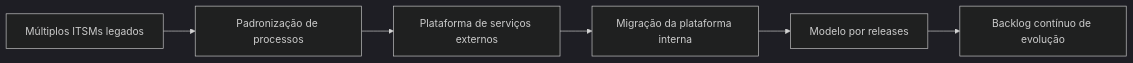
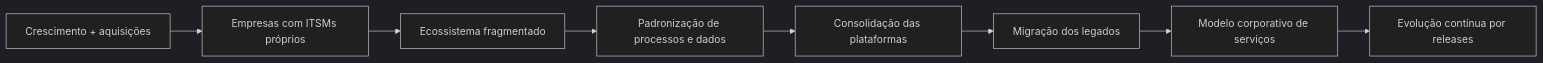
The first of 5 diagrams in README.md (Joao-H-Esteves/case-transformacao-plataforma-itsm), drawn with Mermaid (dark theme) before and after one commit. The commit also changed other lines of this file, not shown here.

````diff
--- a/README.md
+++ b/README.md
@@ -56,8 +63,10 @@
 ```mermaid
 flowchart LR
-    A[Múltiplos ITSMs legados] --> B[Padronização de processos]
-    B --> C[Plataforma de serviços externos]
-    C --> D[Migração da plataforma interna]
-    D --> E[Modelo por releases]
-    E --> F[Backlog contínuo de evolução]
+    A[Crescimento + aquisições] --> B[Empresas com ITSMs próprios]
+    B --> C[Ecossistema fragmentado]
+    C --> D[Padronização de processos e dados]
+    D --> E[Consolidação das plataformas]
+    E --> F[Migração dos legados]
+    F --> G[Modelo corporativo de serviços]
+    G --> H[Evolução contínua por releases]
 ```
````
